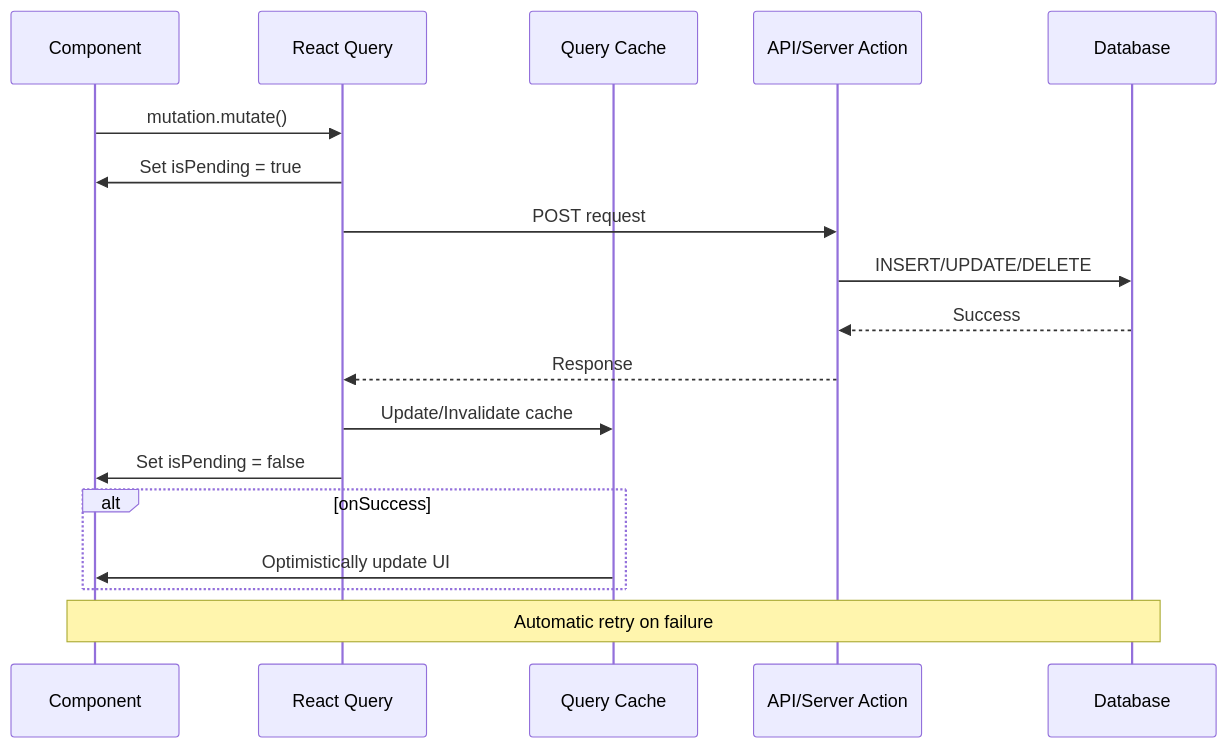
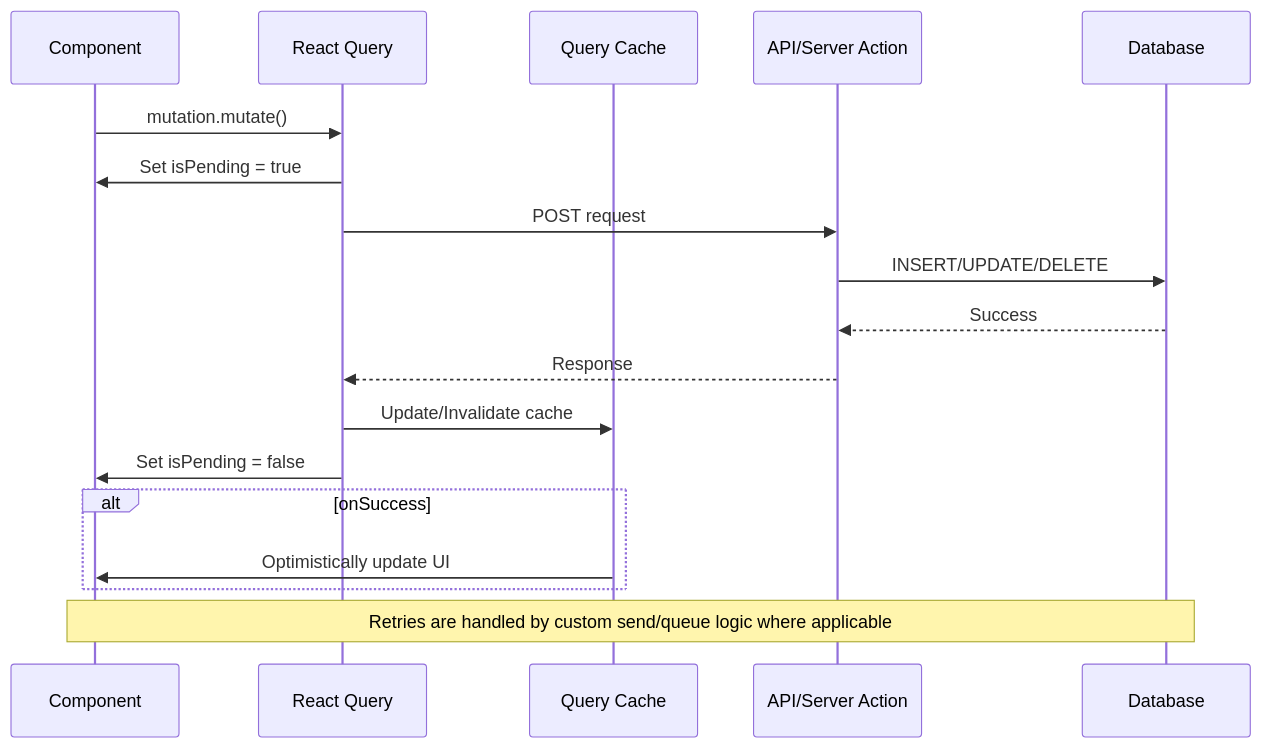
One commit to jtclarkjr/realtime-chat-react changed the fifth of 21 diagrams in docs/DATA_FLOW_ARCHITECTURE.md. Above: the diagram before and after it, drawn with Mermaid. The commit also changed other lines of this file, not shown here.

Commit message:
docs: update data flow doc

````diff
--- a/docs/DATA_FLOW_ARCHITECTURE.md
+++ b/docs/DATA_FLOW_ARCHITECTURE.md
@@ -155,25 +157,25 @@
 ```mermaid
 sequenceDiagram
     participant UI as Component
     participant RQ as React Query
     participant Cache as Query Cache
     participant API as API/Server Action
     participant DB as Database
 
     UI->>RQ: mutation.mutate()
     RQ->>UI: Set isPending = true
 
     RQ->>API: POST request
     API->>DB: INSERT/UPDATE/DELETE
     DB-->>API: Success
 
     API-->>RQ: Response
     RQ->>Cache: Update/Invalidate cache
     RQ->>UI: Set isPending = false
 
     alt onSuccess
         Cache->>UI: Optimistically update UI
     end
 
-    Note over UI,DB: Automatic retry on failure
+    Note over UI,DB: Retries are handled by custom send/queue logic where applicable
 ```
````
